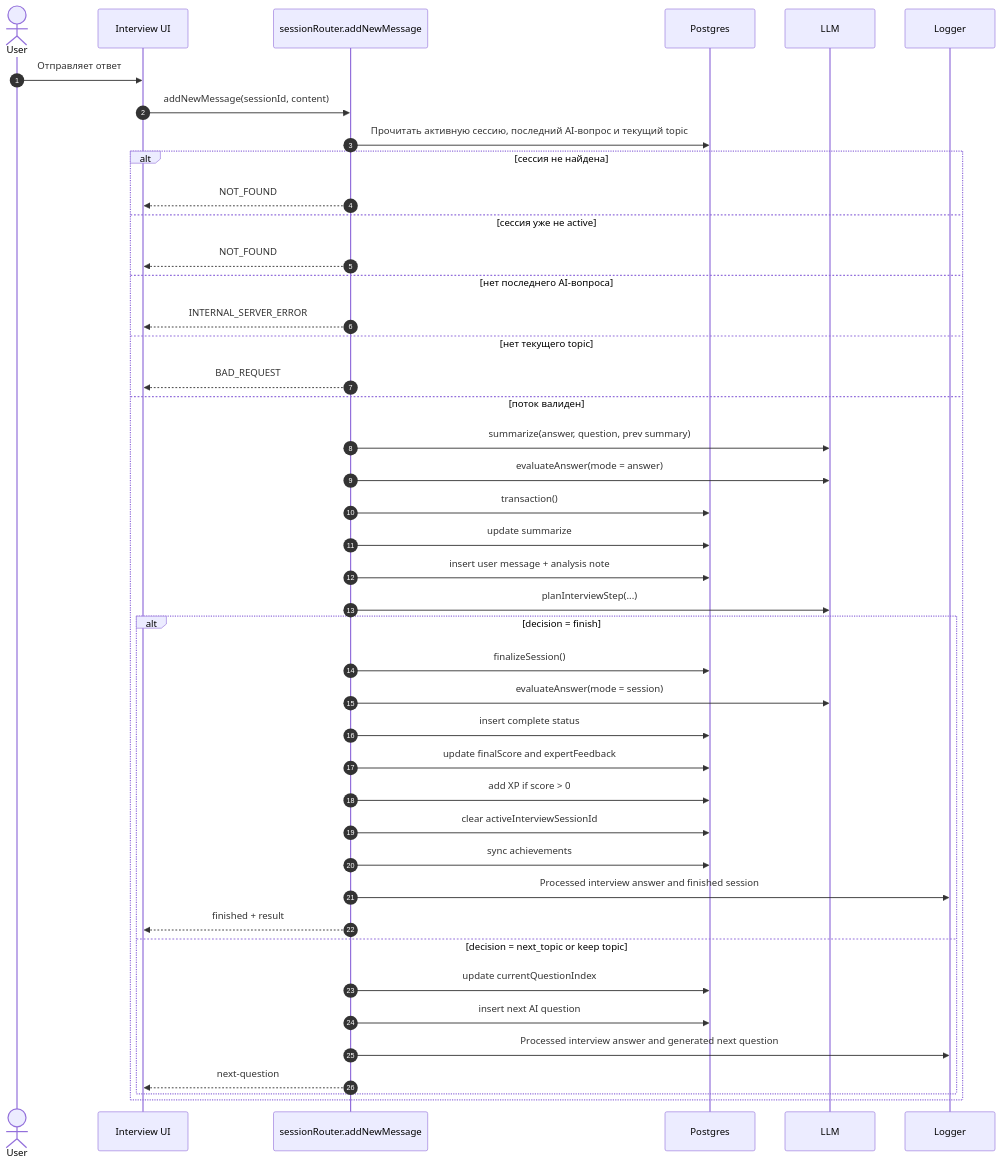
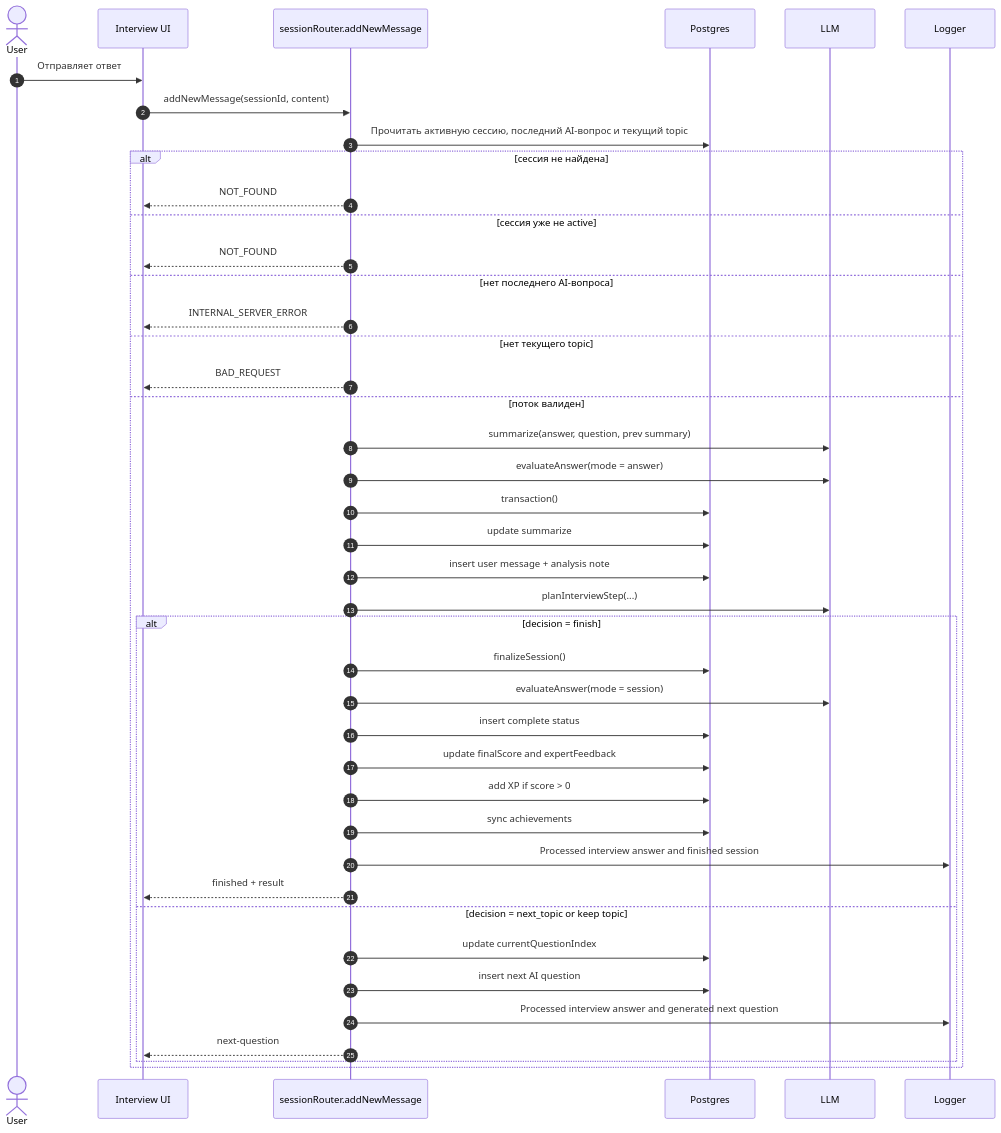
One commit to nifle3/diplom_work changed the second of 4 diagrams in docs/sequence/interview-session.md. Above: the diagram before and after it, drawn with Mermaid. The commit also changed other lines of this file and 7 other files, not shown here.

````diff
--- a/docs/sequence/interview-session.md
+++ b/docs/sequence/interview-session.md
@@ -61,46 +60,45 @@
 ```mermaid
 sequenceDiagram
     autonumber
     actor User
     participant UI as Interview UI
     participant API as sessionRouter.addNewMessage
     participant DB as Postgres
     participant LLM as LLM
     participant Log as Logger
 
     User->>UI: Отправляет ответ
     UI->>API: addNewMessage(sessionId, content)
     API->>DB: Прочитать активную сессию, последний AI-вопрос и текущий topic
     alt сессия не найдена
         API-->>UI: NOT_FOUND
     else сессия уже не active
         API-->>UI: NOT_FOUND
     else нет последнего AI-вопроса
         API-->>UI: INTERNAL_SERVER_ERROR
     else нет текущего topic
         API-->>UI: BAD_REQUEST
     else поток валиден
         API->>LLM: summarize(answer, question, prev summary)
         API->>LLM: evaluateAnswer(mode = answer)
         API->>DB: transaction()
         API->>DB: update summarize
         API->>DB: insert user message + analysis note
         API->>LLM: planInterviewStep(...)
         alt decision = finish
             API->>DB: finalizeSession()
             API->>LLM: evaluateAnswer(mode = session)
             API->>DB: insert complete status
             API->>DB: update finalScore and expertFeedback
             API->>DB: add XP if score > 0
-            API->>DB: clear activeInterviewSessionId
             API->>DB: sync achievements
             API->>Log: Processed interview answer and finished session
             API-->>UI: finished + result
         else decision = next_topic or keep topic
             API->>DB: update currentQuestionIndex
             API->>DB: insert next AI question
             API->>Log: Processed interview answer and generated next question
             API-->>UI: next-question
         end
     end
 ```
````
